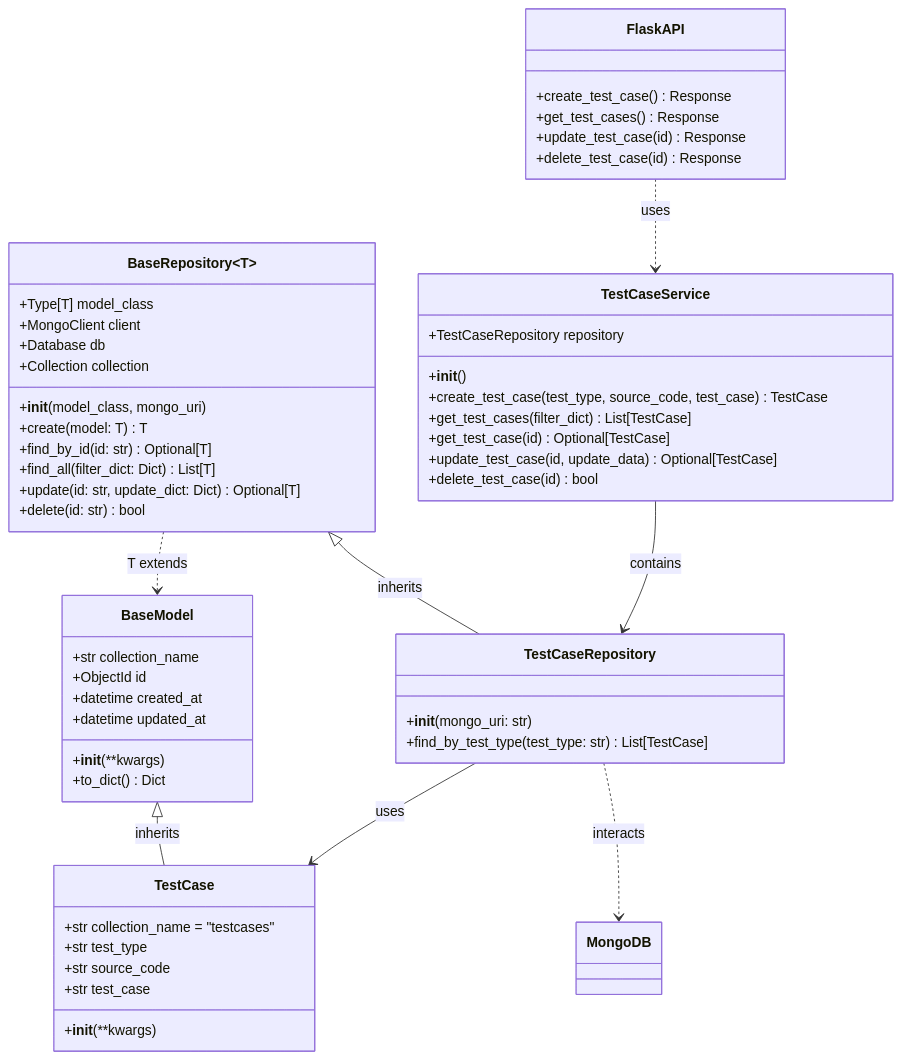
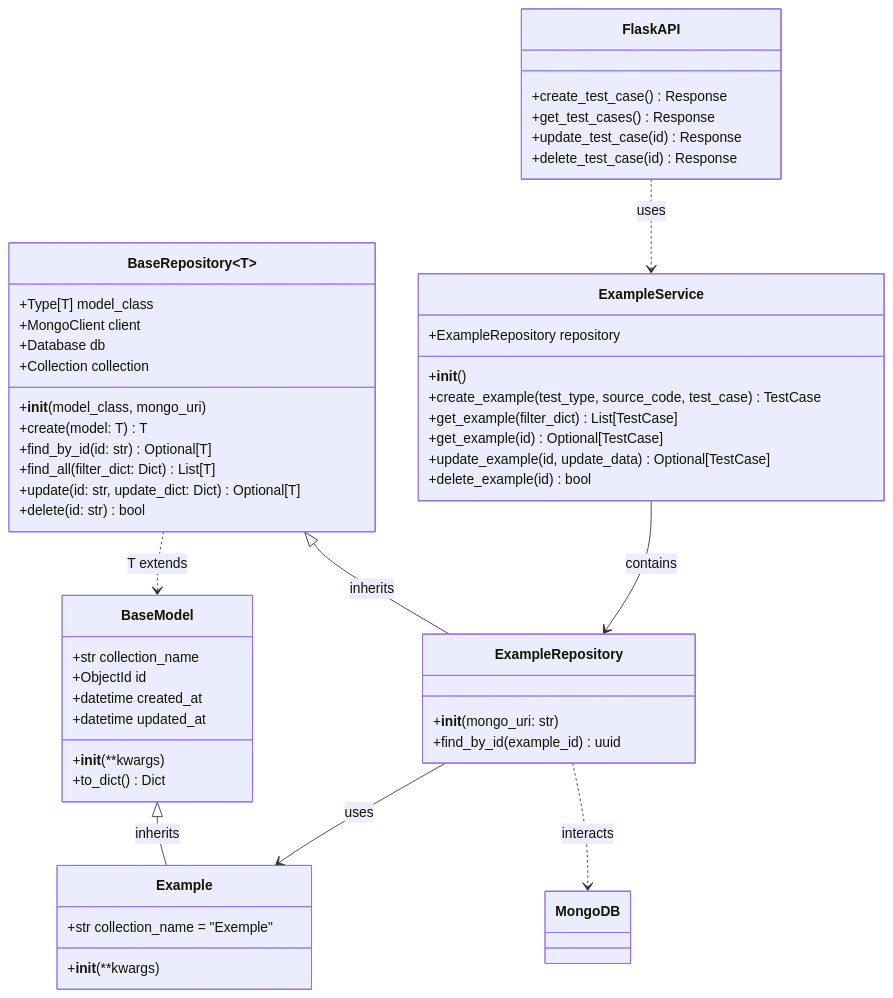
One commit to PFE04-A25/PFE04 changed the first of 2 diagrams in doc/backend/db.md. Above: the diagram before and after it, drawn with Mermaid. The commit also changed other lines of this file and 14 other files, not shown here.

Commit message:
update architecture

````diff
--- a/doc/backend/db.md
+++ b/doc/backend/db.md
@@ -37,76 +39,73 @@
 ```mermaid
 
 classDiagram
     %% Base Classes
     class BaseModel {
         +str collection_name
         +ObjectId id
         +datetime created_at
         +datetime updated_at
         +__init__(**kwargs)
         +to_dict() Dict
     }
 
     class BaseRepository~T~ {
         +Type[T] model_class
         +MongoClient client
         +Database db
         +Collection collection
         +__init__(model_class, mongo_uri)
         +create(model: T) T
         +find_by_id(id: str) Optional[T]
         +find_all(filter_dict: Dict) List[T]
         +update(id: str, update_dict: Dict) Optional[T]
         +delete(id: str) bool
     }
 
     %% TestCase Classes
-    class TestCase {
-        +str collection_name = "testcases"
-        +str test_type
-        +str source_code
-        +str test_case
+    class Example {
+        +str collection_name = "Exemple"
         +__init__(**kwargs)
     }
 
-    class TestCaseRepository {
+    class ExampleRepository {
         +__init__(mongo_uri: str)
-        +find_by_test_type(test_type: str) List[TestCase]
+        +find_by_id(example_id) uuid
     }
 
-    class TestCaseService {
-        +TestCaseRepository repository
+    class ExampleService {
+        +ExampleRepository repository
         +__init__()
-        +create_test_case(test_type, source_code, test_case) TestCase
-        +get_test_cases(filter_dict) List[TestCase]
-        +get_test_case(id) Optional[TestCase]
-        +update_test_case(id, update_data) Optional[TestCase]
-        +delete_test_case(id) bool
+        +create_example(test_type, source_code, test_case) TestCase
+        +get_example(filter_dict) List[TestCase]
+        +get_example(id) Optional[TestCase]
+        +update_example(id, update_data) Optional[TestCase]
+        +delete_example(id) bool
     }
 
     %% External Interfaces
     class FlaskAPI {
         +create_test_case() Response
         +get_test_cases() Response
         +update_test_case(id) Response
         +delete_test_case(id) Response
     }
 
     class MongoDB {
     }
 
     %% Relationships
-    FlaskAPI ..> TestCaseService : uses
-    BaseModel <|-- TestCase : inherits
-    BaseRepository <|-- TestCaseRepository : inherits
+    FlaskAPI ..> ExampleService : uses
+    BaseModel <|-- Example : inherits
+    BaseRepository <|-- ExampleRepository : inherits
     
-    TestCaseRepository --> TestCase : uses
-    TestCaseRepository ..> MongoDB : interacts
+    ExampleRepository --> Example : uses
+    ExampleRepository ..> MongoDB : interacts
     
-    TestCaseService --> TestCaseRepository : contains
+    ExampleService --> ExampleRepository : contains
     
     
     %% Generic Type Binding
     BaseRepository ..> BaseModel : T extends
 
 ```
````
